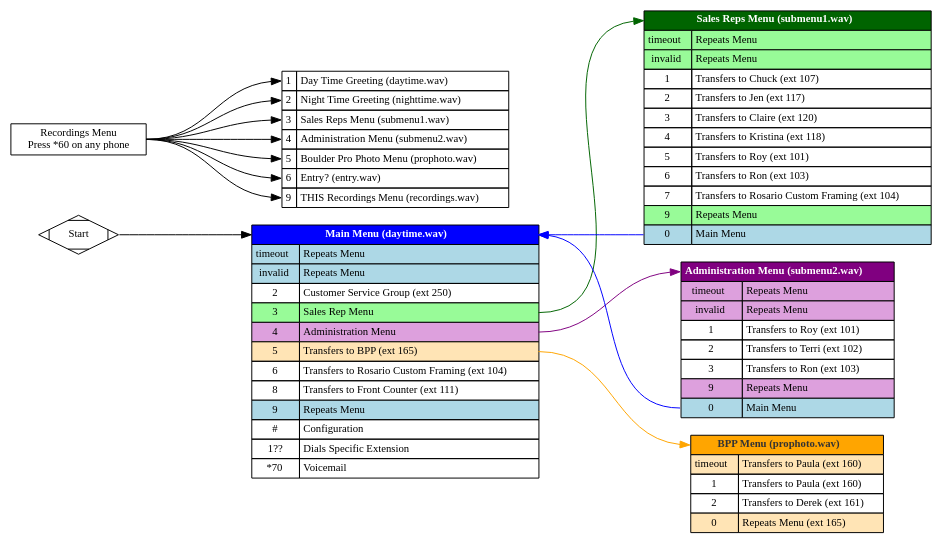
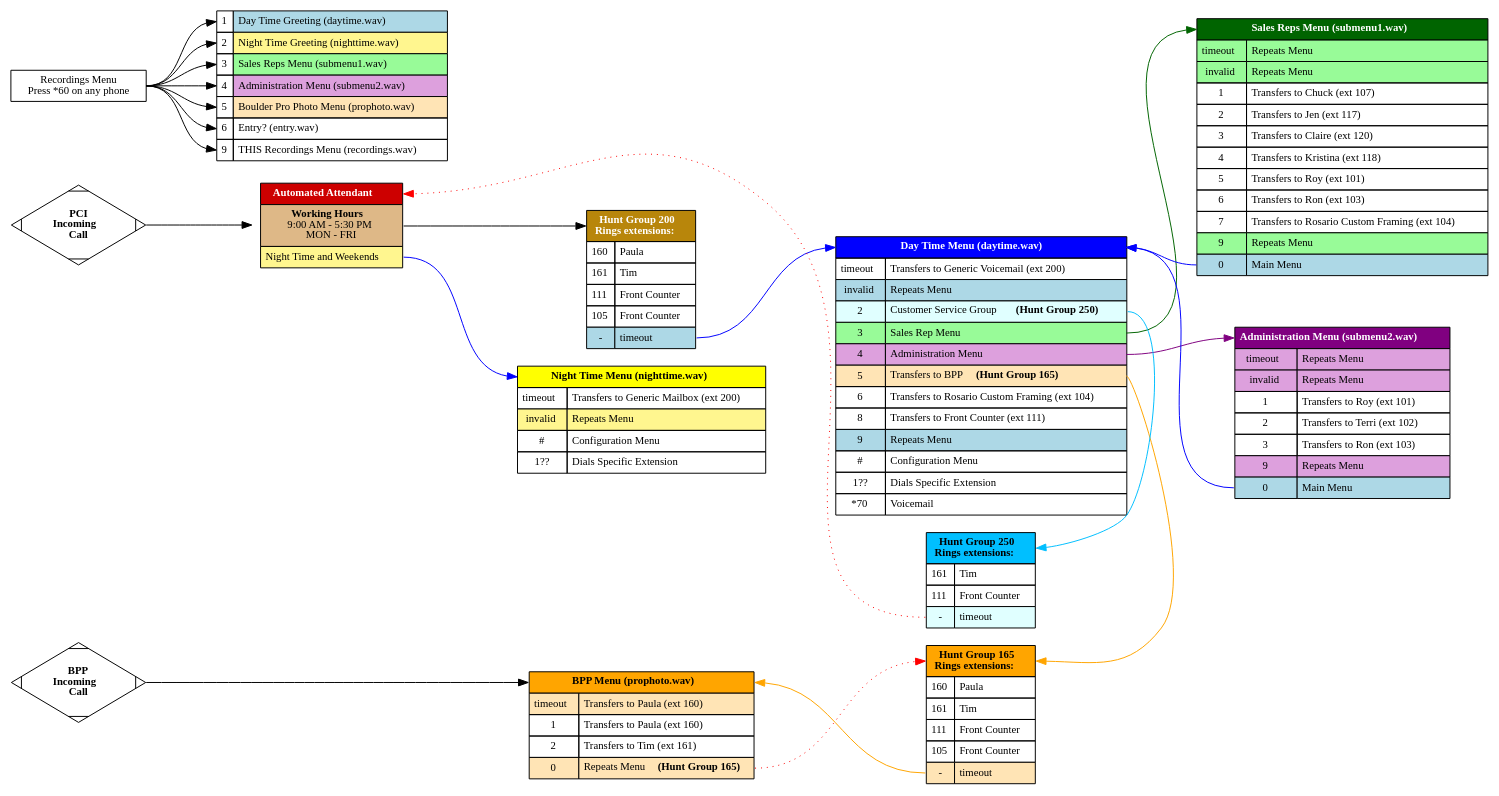
The diagram in phone_tree.dot (KirAsh4/graphviz), drawn with Graphviz before and after one commit.

Commit message:
Phone Tree

```diff
--- a/phone_tree.dot
+++ b/phone_tree.dot
@@ -1,126 +1,195 @@
 digraph phone_menu {
 	rankdir = "LR";
-	size = "18,12";
-	ranksep = "1.5";
+	page = "18,12";
+	ranksep = "1";
 
 	node [
 		shape = "record";
 		fontname = "Myriad Pro";
 		fontsize = "11";
 		height = "0.25";
 	];
 
 
-	Start [
-		label = "Start";
+	StartPCI [
+		label = <<b>PCI<br/>Incoming<br/>Call</b>>;
 		shape = "Mdiamond";
-	]
+	];
+
+	StartBPP [
+		label = <<b>BPP<br/>Incoming<br/>Call</b>>;
+		shape = "Mdiamond";
+	];
+
+	Attendant [
+		shape = "none";
+		label = <<table border="0" cellborder="1" cellspacing="0" cellpadding="4">
+			<tr><td bgcolor="red3" port="title"><font color="white"><b>Automated Attendant</b></font></td></tr>
+			<tr><td port="daytime" bgcolor="burlywood"><b>Working Hours</b><br/>9:00 AM - 5:30 PM<br />MON - FRI</td></tr>
+			<tr><td port="nighttime" bgcolor="khaki1">Night Time and Weekends</td></tr>
+			</table>>;
+	];
 
 	DayTimeMenu [
 		shape = "none";
 		margin = "0";
-		label = <<table border="0" cellborder="1" cellspacing="0" cellpadding="3">
-			<tr><td port="MainMenu" bgcolor="blue" colspan="2"><b><font color="#ffffff">Main Menu (daytime.wav)</font></b></td></tr>
-			<tr><td port="timeout" bgcolor="lightblue">timeout</td><td align="left" port="timeout1" bgcolor="lightblue">Repeats Menu</td></tr>
+		label = <<table border="0" cellborder="1" cellspacing="0" cellpadding="4">
+			<tr><td port="MainMenu" bgcolor="blue" colspan="2"><b><font color="white">Day Time Menu (daytime.wav)</font></b></td></tr>
+			<tr><td port="timeout">timeout</td><td align="left" port="timeout1">Transfers to Generic Voicemail (ext 200)</td></tr>
 			<tr><td port="invalid" bgcolor="lightblue">invalid</td><td align="left" port="invalid1" bgcolor="lightblue">Repeats Menu</td></tr>
-			<tr><td port="2">2</td><td align="left" port="21">Customer Service Group (ext 250)</td></tr>
+			<tr><td port="2" bgcolor="lightcyan">2</td><td align="left" port="21" bgcolor="lightcyan">Customer Service Group <b>(Hunt Group 250)</b></td></tr>
 			<tr><td port="3" bgcolor="palegreen">3</td><td align="left" port="31" bgcolor="palegreen">Sales Rep Menu</td></tr>
 			<tr><td port="4" bgcolor="plum">4</td><td align="left" port="41" bgcolor="plum">Administration Menu</td></tr>
-			<tr><td port="5" bgcolor="moccasin">5</td><td align="left" port="51" bgcolor="moccasin">Transfers to BPP (ext 165)</td></tr>
+			<tr><td port="5" bgcolor="moccasin">5</td><td align="left" port="51" bgcolor="moccasin">Transfers to BPP <b>(Hunt Group 165)</b></td></tr>
 			<tr><td port="6">6</td><td align="left" port="61">Transfers to Rosario Custom Framing (ext 104)</td></tr>
 			<tr><td port="8">8</td><td align="left" port="81">Transfers to Front Counter (ext 111)</td></tr>
 			<tr><td port="9" bgcolor="lightblue">9</td><td align="left" port="91" bgcolor="lightblue">Repeats Menu</td></tr>
-			<tr><td port="#">#</td><td align="left" port="#1">Configuration</td></tr>
+			<tr><td port="#">#</td><td align="left" port="#1">Configuration Menu</td></tr>
 			<tr><td port="1??">1??</td><td align="left" port="1??1">Dials Specific Extension</td></tr>
 			<tr><td port="*70">*70</td><td align="left" port="*701">Voicemail</td></tr>
+			</table>>;
+	];
+
+	NightTimeMenu [
+		shape = "none";
+		margin = "0";
+		label = <<table border="0" cellborder="1" cellspacing="0" cellpadding="4">
+			<tr><td port="NightMenu" bgcolor="yellow" colspan="2"><b>Night Time Menu (nighttime.wav)</b></td></tr>
+			<tr><td port="timeout">timeout</td><td align="left" port="timeout0">Transfers to Generic Mailbox (ext 200)</td></tr>
+			<tr><td port="invalid" bgcolor="khaki1">invalid</td><td align="left" port="invalid0" bgcolor="khaki1">Repeats Menu</td></tr>
+			<tr><td port="#">#</td><td align="left" port="#0">Configuration Menu</td></tr>
+			<tr><td port="1??">1??</td><td align="left" port="1??0">Dials Specific Extension</td></tr>
 			</table>>;
 	];
 
 	SalesRepMenu [
 		shape = "none";
 		margin = "0";
-		label = <<table border="0" cellborder="1" cellspacing="0" cellpadding="3">
-			<tr><td port="SalesMenu" bgcolor="darkgreen" colspan="2"><b><font color="#ffffff">Sales Reps Menu (submenu1.wav)</font></b></td></tr>
+		label = <<table border="0" cellborder="1" cellspacing="0" cellpadding="4">
+			<tr><td port="SalesMenu" bgcolor="darkgreen" colspan="2"><b><font color="white">Sales Reps Menu (submenu1.wav)</font></b></td></tr>
 			<tr><td port="timeout" bgcolor="palegreen">timeout</td><td align="left" port="timeout1" bgcolor="palegreen">Repeats Menu</td></tr>
 			<tr><td port="invalid" bgcolor="palegreen">invalid</td><td align="left" port="invalid1" bgcolor="palegreen">Repeats Menu</td></tr>
 			<tr><td port="1">1</td><td align="left" port="11">Transfers to Chuck (ext 107)</td></tr>
 			<tr><td port="2">2</td><td align="left" port="21">Transfers to Jen (ext 117)</td></tr>
 			<tr><td port="3">3</td><td align="left" port="31">Transfers to Claire (ext 120)</td></tr>
 			<tr><td port="4">4</td><td align="left" port="41">Transfers to Kristina (ext 118)</td></tr>
 			<tr><td port="5">5</td><td align="left" port="51">Transfers to Roy (ext 101)</td></tr>
 			<tr><td port="6">6</td><td align="left" port="61">Transfers to Ron (ext 103)</td></tr>
 			<tr><td port="7">7</td><td align="left" port="71">Transfers to Rosario Custom Framing (ext 104)</td></tr>
 			<tr><td port="9" bgcolor="palegreen">9</td><td align="left" port="91" bgcolor="palegreen">Repeats Menu</td></tr>
 			<tr><td port="0" bgcolor="lightblue">0</td><td align="left" port="01" bgcolor="lightblue">Main Menu</td></tr>
 			</table>>;
 	];
 	edge [color=blue];
 	SalesRepMenu:0 -> DayTimeMenu:MainMenu;
 
 	AdminMenu [
 		shape = "none";
 		margin = "0";
-		label = <<table border="0" cellborder="1" cellspacing="0" cellpadding="3">
-			<tr><td port="AdminMenu" bgcolor="purple" colspan="2"><b><font color="#ffffff">Administration Menu (submenu2.wav)</font></b></td></tr>
+		label = <<table border="0" cellborder="1" cellspacing="0" cellpadding="4">
+			<tr><td port="AdminMenu" bgcolor="purple" colspan="2"><b><font color="white">Administration Menu (submenu2.wav)</font></b></td></tr>
 			<tr><td port="timeout" bgcolor="plum">timeout</td><td align="left" port="timeout1" bgcolor="plum">Repeats Menu</td></tr>
 			<tr><td port="invalid" bgcolor="plum">invalid</td><td align="left" port="invalid1" bgcolor="plum">Repeats Menu</td></tr>
 			<tr><td port="1">1</td><td align="left" port="11">Transfers to Roy (ext 101)</td></tr>
 			<tr><td port="2">2</td><td align="left" port="21">Transfers to Terri (ext 102)</td></tr>
 			<tr><td port="3">3</td><td align="left" port="31">Transfers to Ron (ext 103)</td></tr>
 			<tr><td port="9" bgcolor="plum">9</td><td align="left" port="91" bgcolor="plum">Repeats Menu</td></tr>
 			<tr><td port="0" bgcolor="lightblue">0</td><td align="left" port="01" bgcolor="lightblue">Main Menu</td></tr>
 			</table>>;
 	];
 	edge [color=blue];
-	AdminMenu:0 -> DayTimeMenu:MainMenu
+	AdminMenu:0 -> DayTimeMenu:MainMenu;
+
+	HuntGroup165 [
+		shape = "none";
+		margin = "0";
+		label = <<table border="0" cellborder="1" cellspacing="0" cellpadding="4">
+			<tr><td colspan="2" port="title" bgcolor="orange"><b>Hunt Group 165<br/>Rings extensions:</b></td></tr>
+			<tr><td>160</td><td align="left">Paula</td></tr>
+			<tr><td>161</td><td align="left">Tim</td></tr>
+			<tr><td>111</td><td align="left">Front Counter</td></tr>
+			<tr><td>105</td><td align="left">Front Counter</td></tr>
+			<tr><td port="timeout" bgcolor="moccasin">-</td><td align="left" port="timeout0" bgcolor="moccasin">timeout</td></tr>
+			</table>>;
+	];
 
 	BPPMenu [
 		shape = "none";
 		margin = "0";
-		label = <<table border="0" cellborder="1" cellspacing="0" cellpadding="3">
-			<tr><td port="BPPMenu" bgcolor="orange" colspan="2"><b><font color="#333333">BPP Menu (prophoto.wav)</font></b></td></tr>
+		label = <<table border="0" cellborder="1" cellspacing="0" cellpadding="4">
+			<tr><td port="BPPMenu" bgcolor="orange" colspan="2"><b><font color="black">BPP Menu (prophoto.wav)</font></b></td></tr>
 			<tr><td port="timeout" bgcolor="moccasin">timeout</td><td align="left" port="timeout1" bgcolor="moccasin">Transfers to Paula (ext 160)</td></tr>
 			<tr><td port="1">1</td><td align="left" port="11">Transfers to Paula (ext 160)</td></tr>
-			<tr><td port="2">2</td><td align="left" port="21">Transfers to Derek (ext 161)</td></tr>
-			<tr><td port="0" bgcolor="moccasin">0</td><td align="left" port="01" bgcolor="moccasin">Repeats Menu (ext 165)</td></tr>
+			<tr><td port="2">2</td><td align="left" port="21">Transfers to Tim (ext 161)</td></tr>
+			<tr><td port="0" bgcolor="moccasin">0</td><td align="left" port="01" bgcolor="moccasin">Repeats Menu <b>(Hunt Group 165)</b></td></tr>
 			</table>>;
 	];
 
-	edge [color=black];
-	Start:e -> DayTimeMenu:MainMenu;
-	edge [color="darkgreen"];
-	DayTimeMenu:31:e -> SalesRepMenu:SalesMenu;
-	edge [color="purple"];
-	DayTimeMenu:41:e -> AdminMenu:AdminMenu;
-	edge [color="orange"];
-	DayTimeMenu:51:e -> BPPMenu:BPPMenu;
+	HuntGroup200 [
+		shape = "none";
+		margin = "0";
+		label = <<table border="0" cellborder="1" cellspacing="0" cellpadding="4">
+			<tr><td colspan="2" port="title" bgcolor="darkgoldenrod"><font color="white"><b>Hunt Group 200<br/>Rings extensions:</b></font></td></tr>
+			<tr><td>160</td><td align="left">Paula</td></tr>
+			<tr><td>161</td><td align="left">Tim</td></tr>
+			<tr><td>111</td><td align="left">Front Counter</td></tr>
+			<tr><td>105</td><td align="left">Front Counter</td></tr>
+			<tr><td port="timeout" bgcolor="lightblue">-</td><td align="left" port="timeout0" bgcolor="lightblue">timeout</td></tr>
+			</table>>;
+	];
 
-	{rank=same SalesRepMenu AdminMenu BPPMenu}
+	HuntGroup250 [
+		shape = "none";
+		margin = "0";
+		label = <<table border="0" cellborder="1" cellspacing="0" cellpadding="4">
+			<tr><td colspan="2" port="title" bgcolor="deepskyblue"><b>Hunt Group 250<br/>Rings extensions:</b></td></tr>
+			<tr><td>161</td><td align="left">Tim</td></tr>
+			<tr><td>111</td><td align="left">Front Counter</td></tr>
+			<tr><td port="timeout" bgcolor="lightcyan">-</td><td align="left" port="timeout0" bgcolor="lightcyan">timeout</td></tr>
+			</table>>;
+	];
+
+	StartPCI:e -> Attendant:w [color=black];
+	StartBPP:e ->BPPMenu:BPPMenu [color=black];
+	Attendant:daytime:e -> HuntGroup200:title:w [color=black];
+	HuntGroup200:timeout0:e -> DayTimeMenu:MainMenu [color="blue"];
+	Attendant:nighttime:e -> NightTimeMenu:NightMenu [color="blue"];
+	DayTimeMenu:31:e -> SalesRepMenu:SalesMenu [color="darkgreen"];
+	DayTimeMenu:41:e -> AdminMenu:AdminMenu [color="purple"];
+	DayTimeMenu:21:e -> HuntGroup250:title:e [color="deepskyblue"];
+	HuntGroup250:timeout:w -> Attendant:title:e [color="red" style="dotted"];
+	DayTimeMenu:51:e -> HuntGroup165:title:e [color="orange"];
+	HuntGroup165:timeout:w -> BPPMenu:BPPMenu:e [color="orange"];
+	BPPMenu:01:e -> HuntGroup165:title:w [color="red" style="dotted"];
+
+	{rank=same SalesRepMenu AdminMenu};
+	{rank=same StartPCI StartBPP};
+	{rank=same HuntGroup250 HuntGroup165 DayTimeMenu};
+	{rank=same HuntGroup200 NightTimeMenu BPPMenu};
 
 	Recordings [
 		label = "Recordings Menu\nPress *60 on any phone";
 	];
 
 	RecordingsOptions [
 		shape = "none";
 		margin = "0";
-		label = <<table border="0" cellborder="1" cellspacing="0" cellpadding="3">
-			<tr><td port="1">1</td><td align="left">Day Time Greeting (daytime.wav)</td></tr>
-			<tr><td port="2">2</td><td align="left">Night Time Greeting (nighttime.wav)</td></tr>
-			<tr><td port="3">3</td><td align="left">Sales Reps Menu (submenu1.wav)</td></tr>
-			<tr><td port="4">4</td><td align="left">Administration Menu (submenu2.wav)</td></tr>
-			<tr><td port="5">5</td><td align="left">Boulder Pro Photo Menu (prophoto.wav)</td></tr>
-			<tr><td port="6">6</td><td align="left">Entry? (entry.wav)</td></tr>
-			<tr><td port="9">9</td><td align="left">THIS Recordings Menu (recordings.wav)</td></tr>
+		label = <<table border="0" cellborder="1" cellspacing="0" cellpadding="4">
+			<tr><td port="1">1</td><td align="left" port="11" bgcolor="lightblue">Day Time Greeting (daytime.wav)</td></tr>
+			<tr><td port="2">2</td><td align="left" port="21" bgcolor="khaki1">Night Time Greeting (nighttime.wav)</td></tr>
+			<tr><td port="3">3</td><td align="left" port="31" bgcolor="palegreen">Sales Reps Menu (submenu1.wav)</td></tr>
+			<tr><td port="4">4</td><td align="left" port="41" bgcolor="plum">Administration Menu (submenu2.wav)</td></tr>
+			<tr><td port="5">5</td><td align="left" port="51" bgcolor="moccasin">Boulder Pro Photo Menu (prophoto.wav)</td></tr>
+			<tr><td port="6">6</td><td align="left" port="61">Entry? (entry.wav)</td></tr>
+			<tr><td port="9">9</td><td align="left" port="91">THIS Recordings Menu (recordings.wav)</td></tr>
 			</table>>;
 	]
 	edge [color="black"];
 	Recordings:e -> RecordingsOptions:1;
 	Recordings:e -> RecordingsOptions:2;
 	Recordings:e -> RecordingsOptions:3;
 	Recordings:e -> RecordingsOptions:4;
 	Recordings:e -> RecordingsOptions:5;
 	Recordings:e -> RecordingsOptions:6;
 	Recordings:e -> RecordingsOptions:9;
-
 }
```
